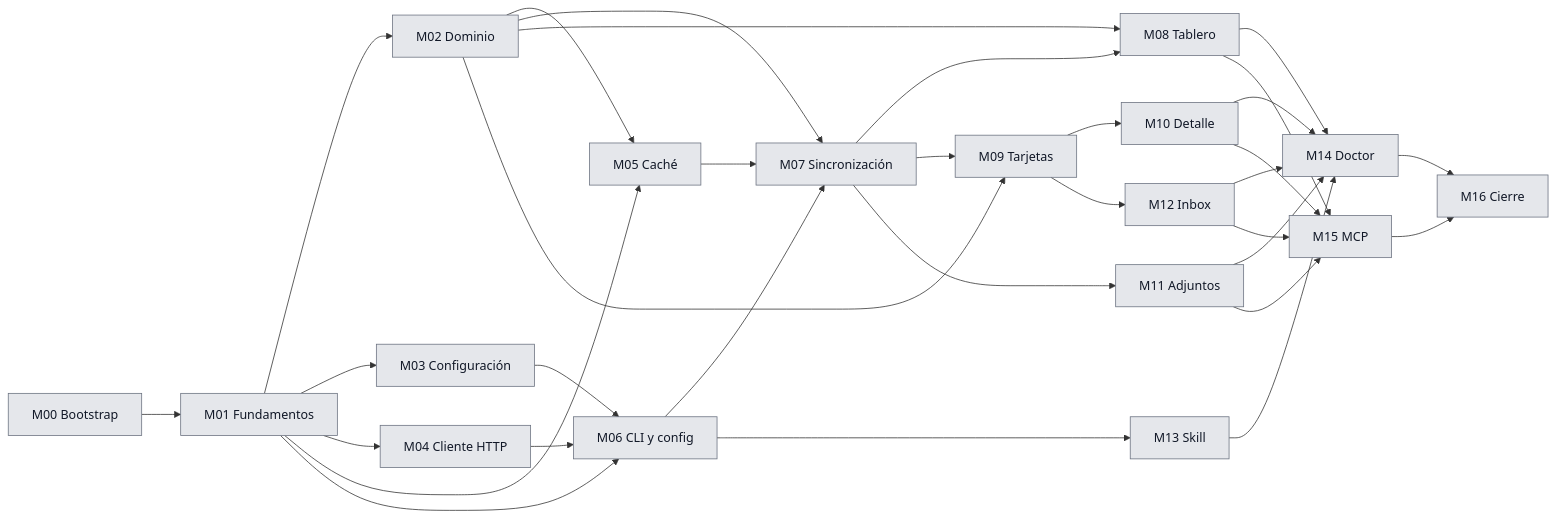
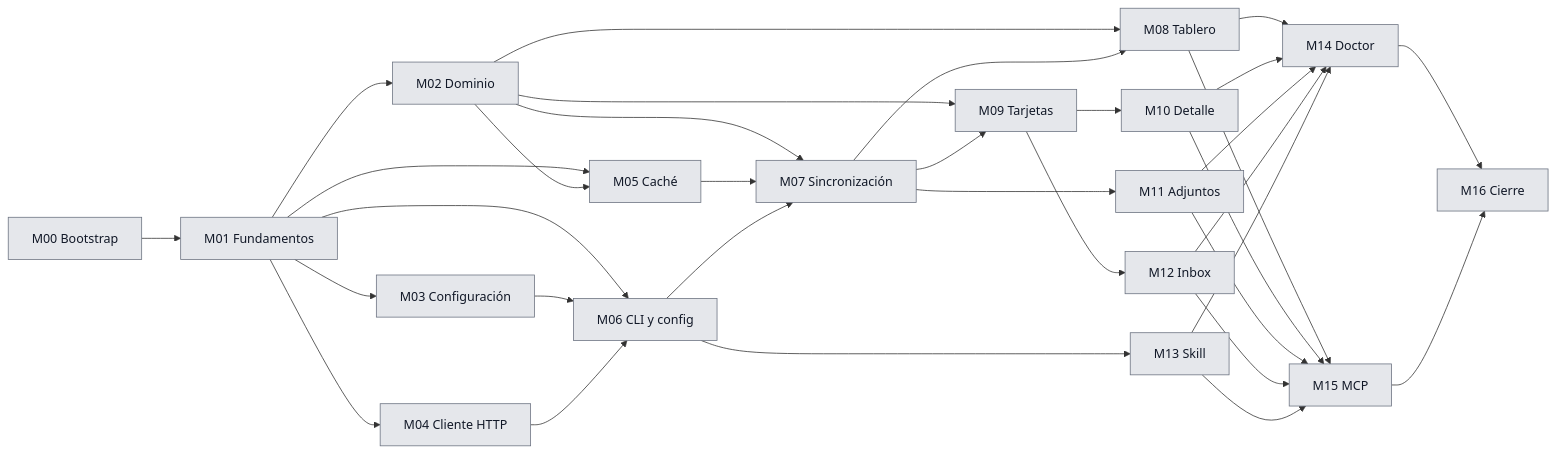
One commit to dayler/trelloctl changed the diagram in docs/plan/00-plan-maestro.md. Above: the diagram before and after it, drawn with Mermaid. The commit also changed other lines of this file and 20 other files, not shown here.

````diff
--- a/docs/plan/00-plan-maestro.md
+++ b/docs/plan/00-plan-maestro.md
@@ -84,41 +84,42 @@
 ```mermaid
 flowchart LR
     M00[M00 Bootstrap] --> M01[M01 Fundamentos]
     M01 --> M02[M02 Dominio]
     M01 --> M03[M03 Configuración]
     M01 --> M04[M04 Cliente HTTP]
     M01 --> M05[M05 Caché]
     M02 --> M05
     M01 --> M06[M06 CLI y config]
     M03 --> M06
     M04 --> M06
     M02 --> M07[M07 Sincronización]
     M05 --> M07
     M06 --> M07
     M06 --> M13[M13 Skill]
     M02 --> M08[M08 Tablero]
     M07 --> M08
     M02 --> M09[M09 Tarjetas]
     M07 --> M09
     M07 --> M11[M11 Adjuntos]
     M09 --> M10[M10 Detalle]
     M09 --> M12[M12 Inbox]
     M08 --> M14[M14 Doctor]
     M10 --> M14
     M11 --> M14
     M12 --> M14
     M13 --> M14
     M08 --> M15[M15 MCP]
     M10 --> M15
     M11 --> M15
     M12 --> M15
+    M13 --> M15
     M14 --> M16[M16 Cierre]
     M15 --> M16
 
     classDef pending fill:#e5e7eb,stroke:#6b7280,color:#111827
     classDef in_progress fill:#fde68a,stroke:#b45309,color:#111827
     classDef in_review fill:#bfdbfe,stroke:#1d4ed8,color:#111827
     classDef done fill:#bbf7d0,stroke:#15803d,color:#111827
     classDef blocked fill:#fecaca,stroke:#b91c1c,color:#111827
     class M00,M01,M02,M03,M04,M05,M06,M07,M08,M09,M10,M11,M12,M13,M14,M15,M16 pending
 ```
````
